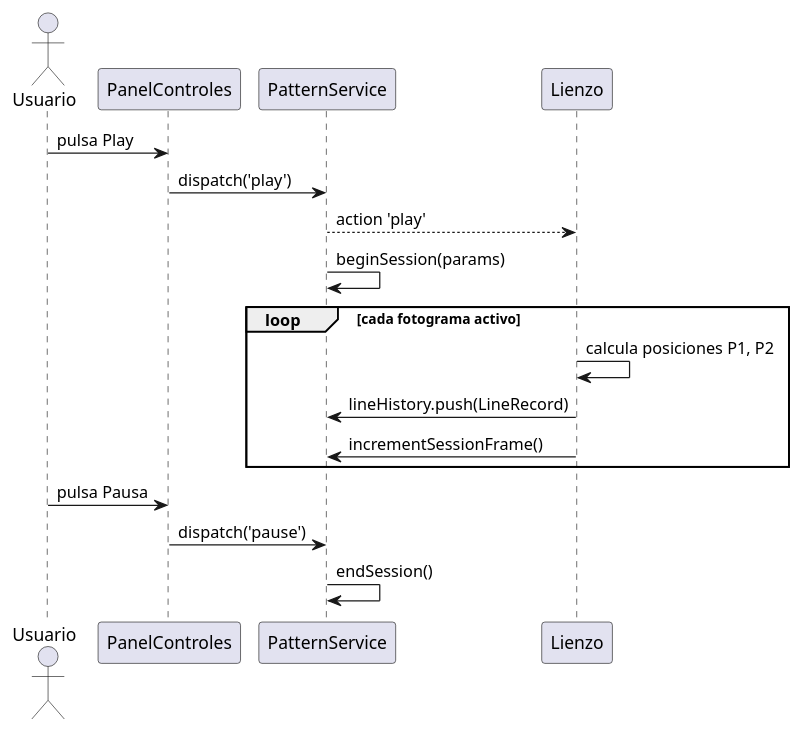
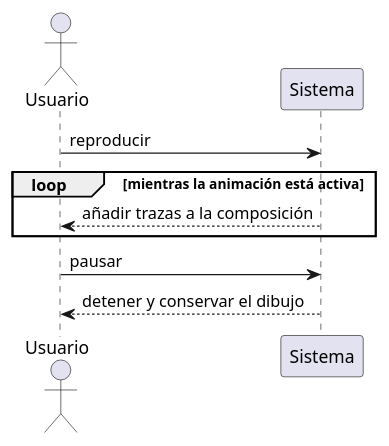
Before and after one commit to IgnacioMol/Epicycloid_generator: the third of 3 diagrams in claude/memoria-cap4-analisis.md, drawn with PlantUML. The commit also changed other lines of this file, not shown here.

````diff
--- a/claude/memoria-cap4-analisis.md
+++ b/claude/memoria-cap4-analisis.md
@@ -372,21 +391,13 @@
 ```plantuml
 @startuml SecReproducir
 actor Usuario
-participant "PanelControles" as C
-participant "PatternService" as S
-participant "Lienzo" as L
+participant "Sistema" as S
 
-Usuario -> C : pulsa Play
-C -> S : dispatch('play')
-S --> L : action 'play'
-S -> S : beginSession(params)
-loop cada fotograma activo
-  L -> L : calcula posiciones P1, P2
-  L -> S : lineHistory.push(LineRecord)
-  L -> S : incrementSessionFrame()
+Usuario -> S : reproducir
+loop mientras la animación está activa
+  S --> Usuario : añadir trazas a la composición
 end
-Usuario -> C : pulsa Pausa
-C -> S : dispatch('pause')
-S -> S : endSession()
+Usuario -> S : pausar
+S --> Usuario : detener y conservar el dibujo
 @enduml
 ```
````
